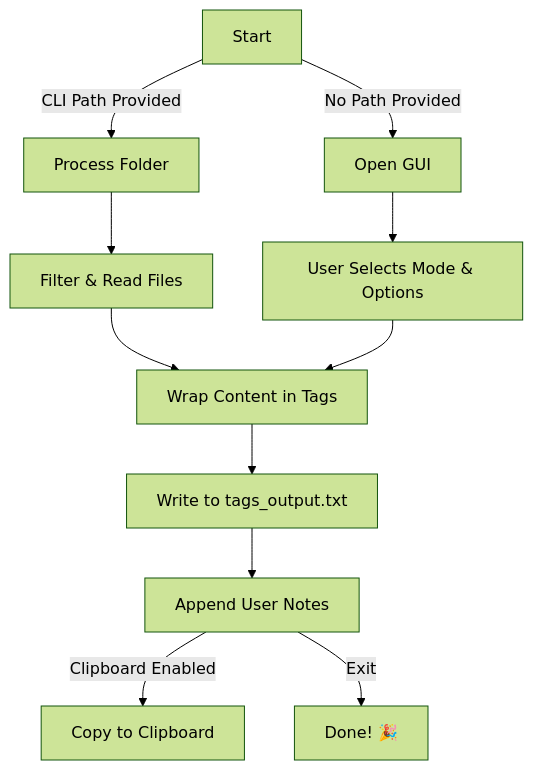
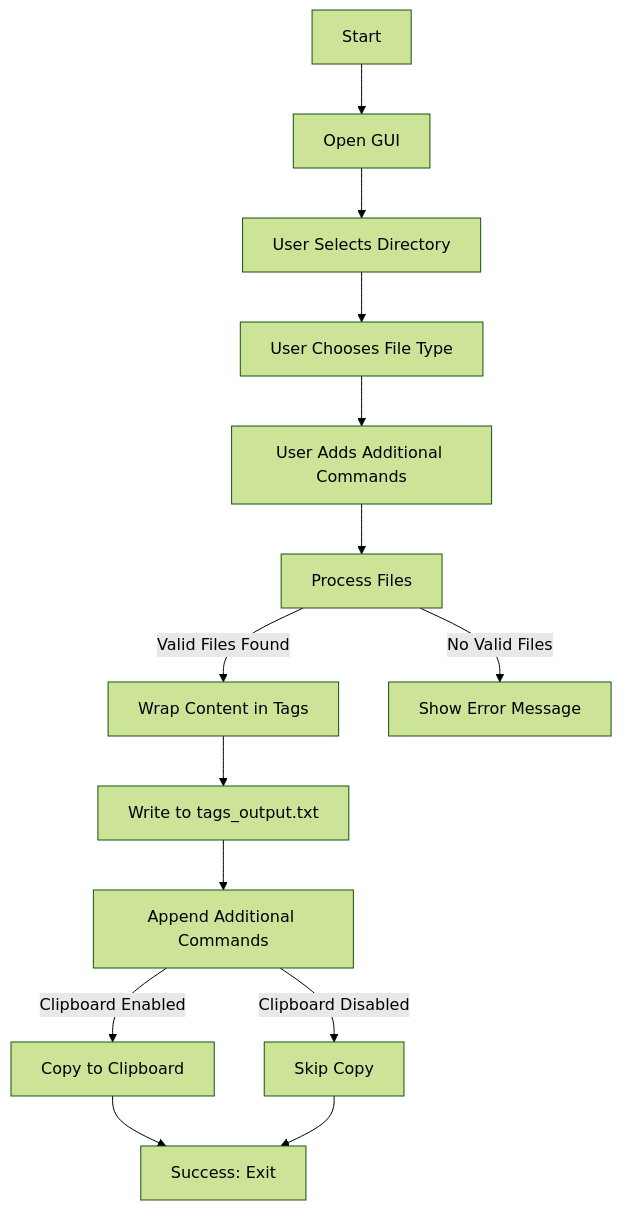
The diagram in README.md (multiplex55/code-file-wrapper), drawn with Mermaid (forest theme) before and after one commit. The commit also changed other lines of this file and 1 other file, not shown here.

Commit message:
removed cli, updated readme

````diff
--- a/README.md
+++ b/README.md
@@ -90,13 +83,16 @@
 ```mermaid
 graph TD;
-    A[Start] -->|CLI Path Provided| B[Process Folder]
-    A -->|No Path Provided| C[Open GUI]
-    B --> D[Filter & Read Files]
-    C --> E[User Selects Mode & Options]
-    D --> F[Wrap Content in Tags]
-    E --> F
-    F --> G[Write to tags_output.txt]
-    G --> H[Append User Notes]
-    H -->|Clipboard Enabled| I[Copy to Clipboard]
-    H -->|Exit| J[Done! 🎉]
+    A[Start] --> B[Open GUI]
+    B --> C[User Selects Directory]
+    C --> D[User Chooses File Type]
+    D --> E[User Adds Additional Commands]
+    E --> F[Process Files]
+    F -->|Valid Files Found| G[Wrap Content in Tags]
+    F -->|No Valid Files| H[Show Error Message]
+    G --> I[Write to tags_output.txt]
+    I --> J[Append Additional Commands]
+    J -->|Clipboard Enabled| K[Copy to Clipboard]
+    J -->|Clipboard Disabled| L[Skip Copy]
+    K --> M[Success: Exit]
+    L --> M
 ```
````
